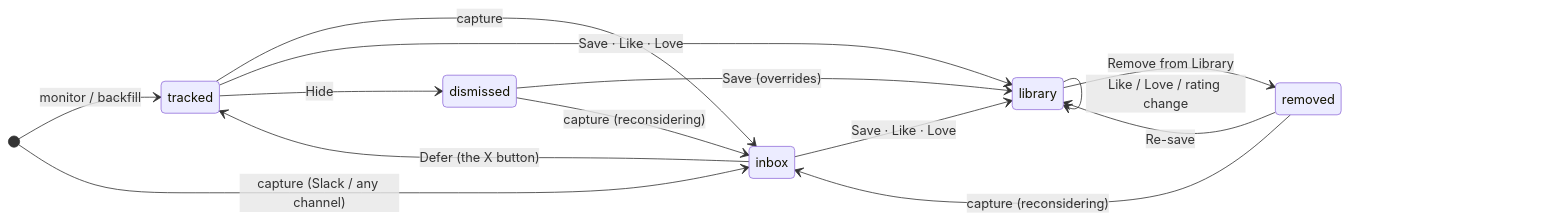
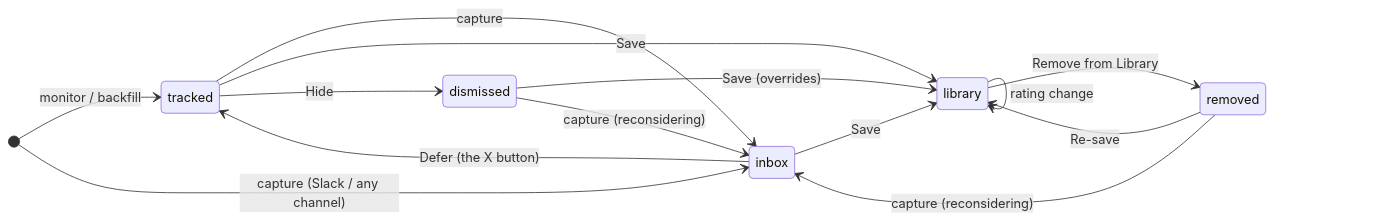
The diagram in docs/concepts/paper-lifecycle.md (costantinoai/alma-library-manager), drawn with Mermaid before and after one commit. The commit also changed other lines of this file and 17 other files, not shown here.

First line of the commit message:
feat(ui): Like and Love say what they do; docs follow rate only

````diff
--- a/docs/concepts/paper-lifecycle.md
+++ b/docs/concepts/paper-lifecycle.md
@@ -128,17 +131,17 @@
 ```mermaid
 stateDiagram-v2
     direction LR
     [*] --> tracked: monitor / backfill
     [*] --> inbox: capture (Slack / any channel)
     tracked --> inbox: capture
-    inbox --> library: Save · Like · Love
+    inbox --> library: Save
     inbox --> tracked: Defer (the X button)
-    tracked --> library: Save · Like · Love
+    tracked --> library: Save
     tracked --> dismissed: Hide
     library --> removed: Remove from Library
     removed --> library: Re-save
     removed --> inbox: capture (reconsidering)
     dismissed --> library: Save (overrides)
     dismissed --> inbox: capture (reconsidering)
-    library --> library: Like / Love / rating change
+    library --> library: rating change
 ```
````
